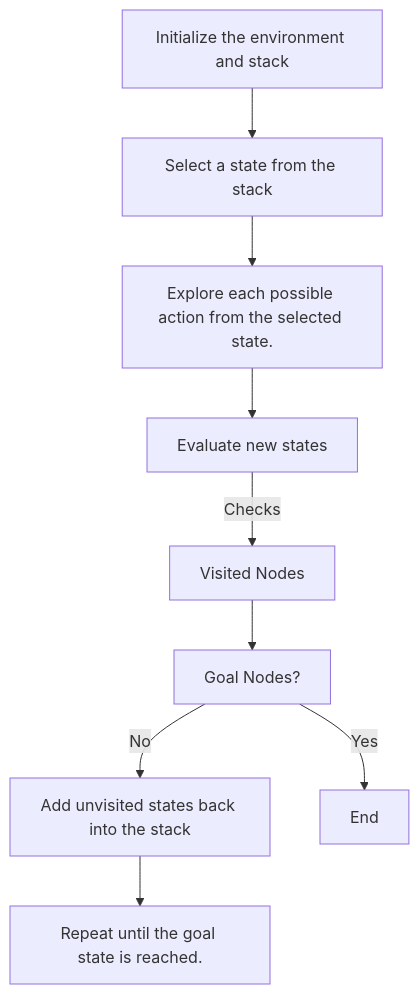
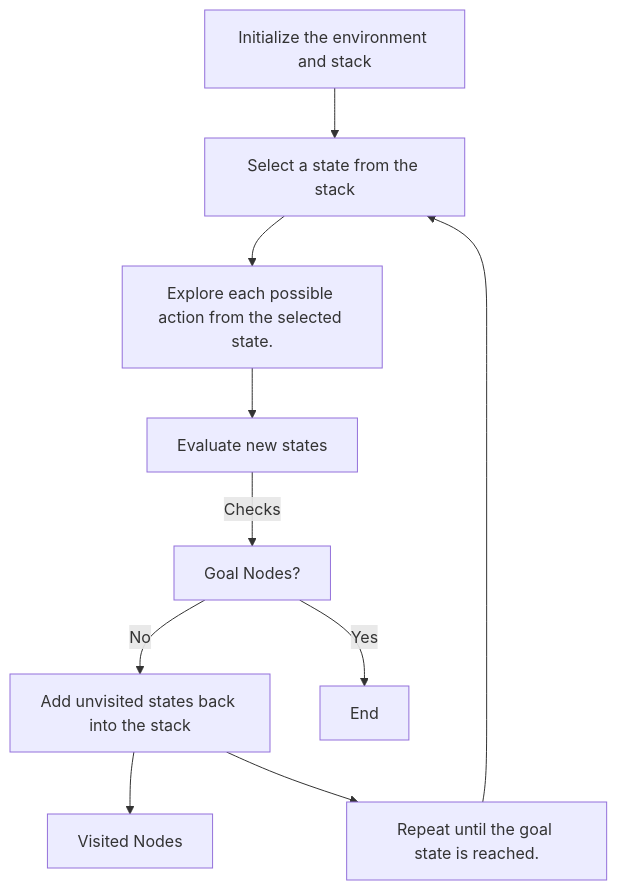
Before and after one commit to NosrevytsNg/Taxi-v3-Search-Agent: the second of 3 diagrams in README.md, drawn with Mermaid.

Commit message:
Update flowchart

````diff
--- a/README.md
+++ b/README.md
@@ -118,13 +118,14 @@
 ```mermaid
 flowchart TD
 
 A[Initialize the environment and stack]
 A --> B[Select a state from the stack]
 B --> C[Explore each possible action from the selected state.]
 C --> D[Evaluate new states]
-D --> |Checks| Z[Visited Nodes]
-Z --> Y[Goal Nodes?]
+D --> |Checks| Y[Goal Nodes?]
 Y -->|No| E[Add unvisited states back into the stack]
 Y -->|Yes| X[End]
+E --> W[Visited Nodes]
 E --> F[Repeat until the goal state is reached.]
+F --> B
 ```
````
